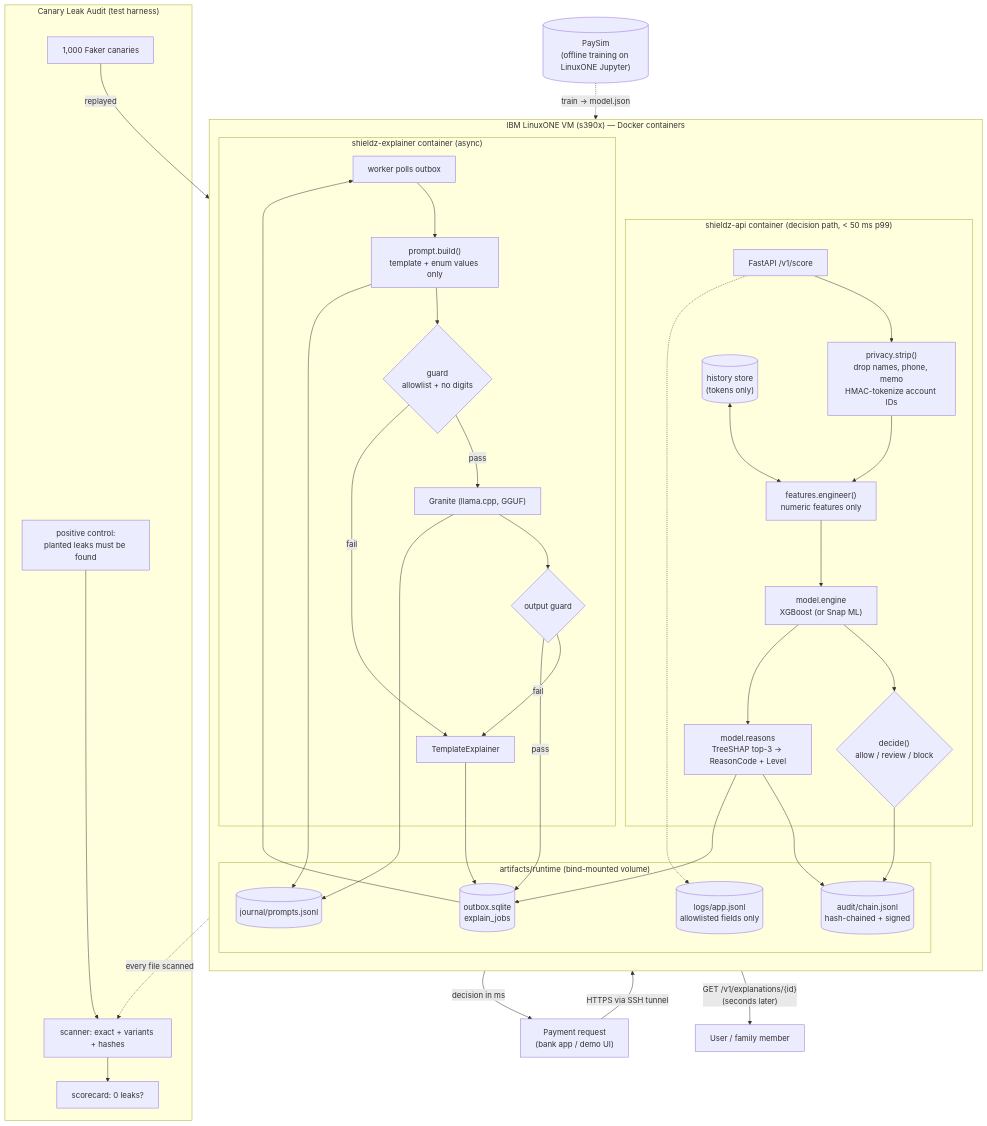
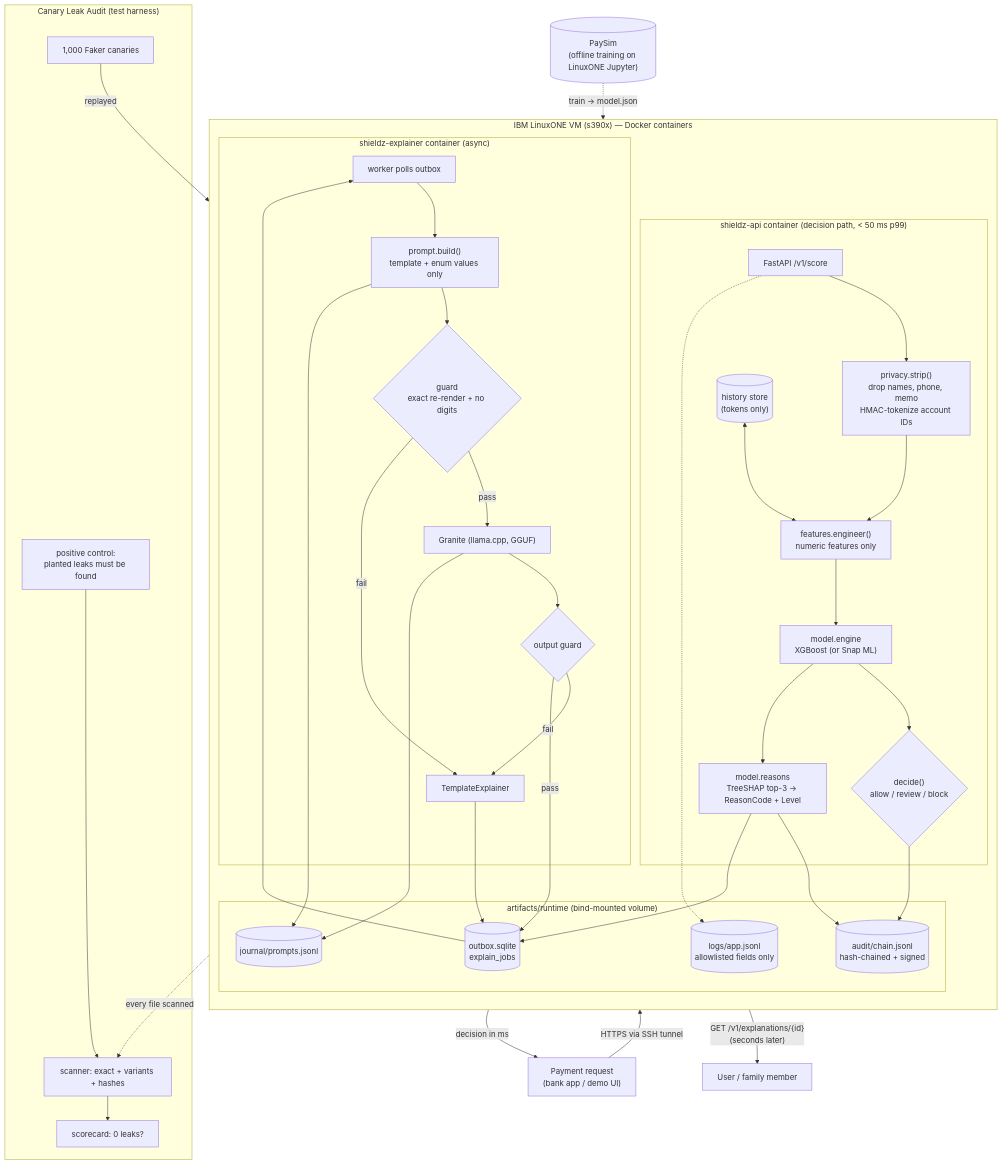
Before and after one commit to doublerook777/ShieldZ: the diagram in docs/ARCHITECTURE.md, drawn with Mermaid. The commit also changed other lines of this file and 9 other files, not shown here.

````diff
--- a/docs/ARCHITECTURE.md
+++ b/docs/ARCHITECTURE.md
@@ -24,55 +24,55 @@
 ```mermaid
 flowchart TD
     U["Payment request<br/>(bank app / demo UI)"] -->|"HTTPS via SSH tunnel"| API
 
     subgraph Z["IBM LinuxONE VM (s390x) — Docker containers"]
         direction TB
 
         subgraph SYNC["shieldz-api container (decision path, < 50 ms p99)"]
             API["FastAPI /v1/score"] --> STRIP["privacy.strip()<br/>drop names, phone, memo<br/>HMAC-tokenize account IDs"]
             STRIP --> FEAT["features.engineer()<br/>numeric features only"]
             HIST[("history store<br/>(tokens only)")] <--> FEAT
             FEAT --> ENG["model.engine<br/>XGBoost (or Snap ML)"]
             ENG --> DEC{"decide()<br/>allow / review / block"}
             ENG --> RSN["model.reasons<br/>TreeSHAP top-3 → ReasonCode + Level"]
         end
 
         subgraph STORE["artifacts/runtime (bind-mounted volume)"]
             OUT[("outbox.sqlite<br/>explain_jobs")]
             AUD[("audit/chain.jsonl<br/>hash-chained + signed")]
             LOGS[("logs/app.jsonl<br/>allowlisted fields only")]
             JRN[("journal/prompts.jsonl")]
         end
 
         subgraph ASYNC["shieldz-explainer container (async)"]
             W["worker polls outbox"] --> PB["prompt.build()<br/>template + enum values only"]
-            PB --> G{"guard<br/>allowlist + no digits"}
+            PB --> G{"guard<br/>exact re-render + no digits"}
             G -->|"pass"| LLM["Granite (llama.cpp, GGUF)"]
             G -->|"fail"| TPL["TemplateExplainer"]
             LLM --> OG{"output guard"}
             OG -->|"fail"| TPL
         end
 
         DEC --> AUD
         RSN --> AUD
         RSN --> OUT
         OUT --> W
         PB --> JRN
         LLM --> JRN
         OG -->|"pass"| OUT
         TPL --> OUT
         API -.-> LOGS
     end
 
     DEC -->|"decision in ms"| U
     OUT -->|"GET /v1/explanations/{id}<br/>(seconds later)"| V["User / family member"]
 
     subgraph LA["Canary Leak Audit (test harness)"]
         CAN["1,000 Faker canaries"] -->|"replayed"| API
         SCAN["scanner: exact + variants + hashes"] --> CARD["scorecard: 0 leaks?"]
         PC["positive control:<br/>planted leaks must be found"] --> SCAN
     end
     STORE -. "every file scanned" .-> SCAN
 
     TR[("PaySim<br/>(offline training on LinuxONE Jupyter)")] -. "train → model.json" .-> ENG
 ```
````
